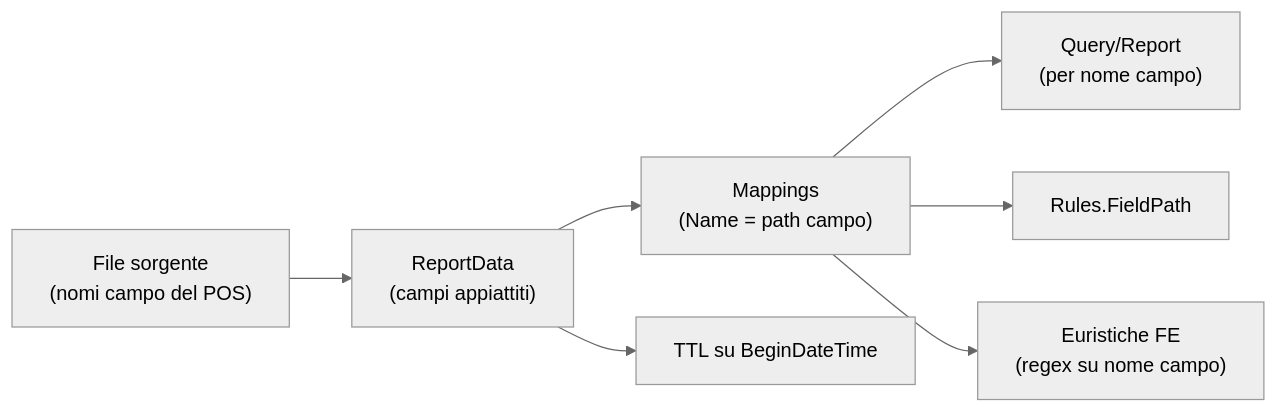
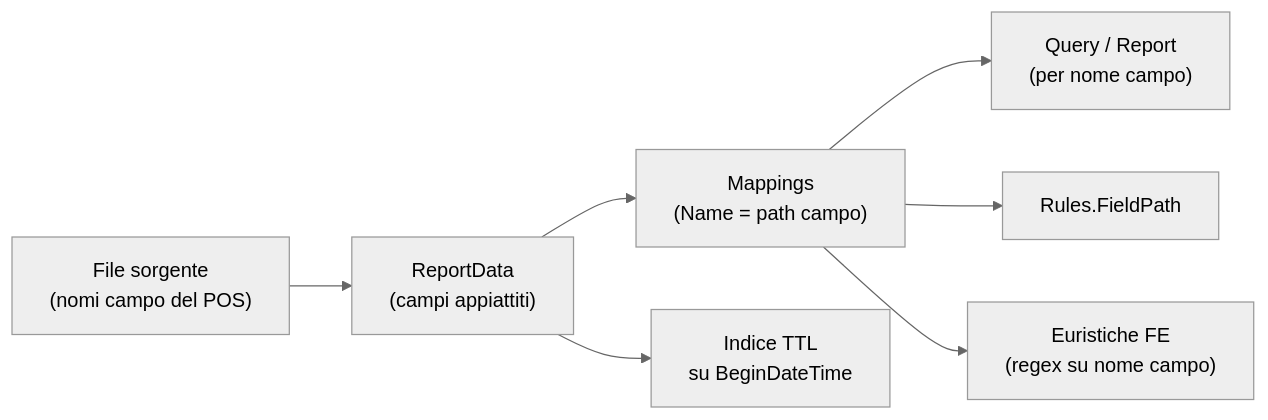
Before and after one commit to saristot/LOSS_PREVENTION: the second of 2 diagrams in customspa-it-loss-prevention-d098a8b97860/Docs/04_constraints.md, drawn with Mermaid (neutral theme). The commit also changed other lines of this file and 23 other files, not shown here.

````diff
--- a/customspa-it-loss-prevention-d098a8b97860/Docs/04_constraints.md
+++ b/customspa-it-loss-prevention-d098a8b97860/Docs/04_constraints.md
@@ -68,9 +116,9 @@
 ```mermaid
 flowchart LR
   F["File sorgente<br/>(nomi campo del POS)"] --> R["ReportData<br/>(campi appiattiti)"]
   R --> M["Mappings<br/>(Name = path campo)"]
-  M --> Q["Query/Report<br/>(per nome campo)"]
+  M --> Q["Query / Report<br/>(per nome campo)"]
   M --> RU["Rules.FieldPath"]
-  M --> FS["Euristiche FE<br/>(regex su nome campo)"]
-  R --> TTL["TTL su BeginDateTime"]
+  M --> FS2["Euristiche FE<br/>(regex su nome campo)"]
+  R --> TTL["Indice TTL<br/>su BeginDateTime"]
 ```
````
